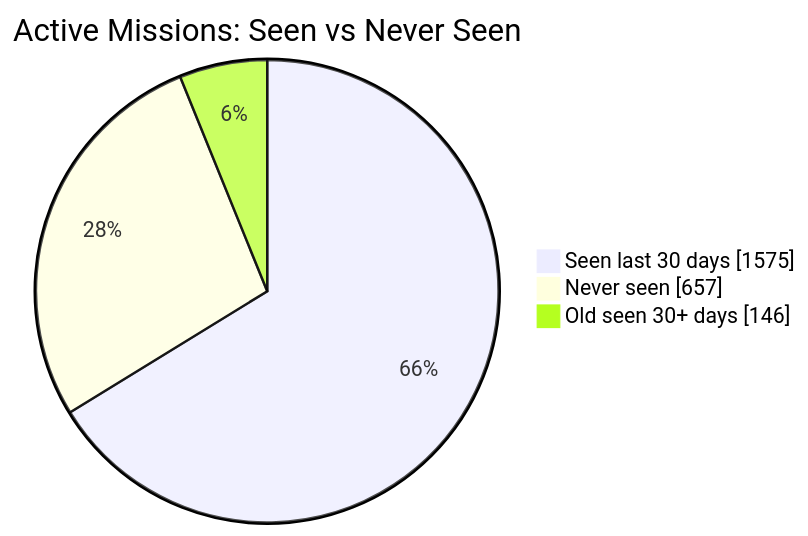
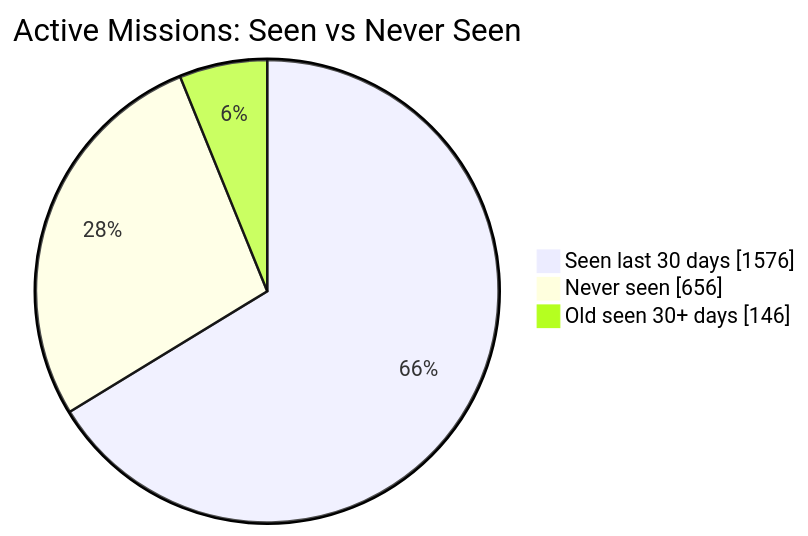
Before and after one commit to MeldkamerspelGameTeam/active-missions: the first of 2 diagrams in README.md, drawn with Mermaid. The commit also changed other lines of this file and 2 other files, not shown here.

````diff
--- a/README.md
+++ b/README.md
@@ -34,7 +34,7 @@
 ```mermaid
 pie showData
     title Active Missions: Seen vs Never Seen
-    "Seen last 30 days" : 1575
-    "Never seen" : 657
+    "Seen last 30 days" : 1576
+    "Never seen" : 656
     "Old seen 30+ days" : 146
 ```
````
